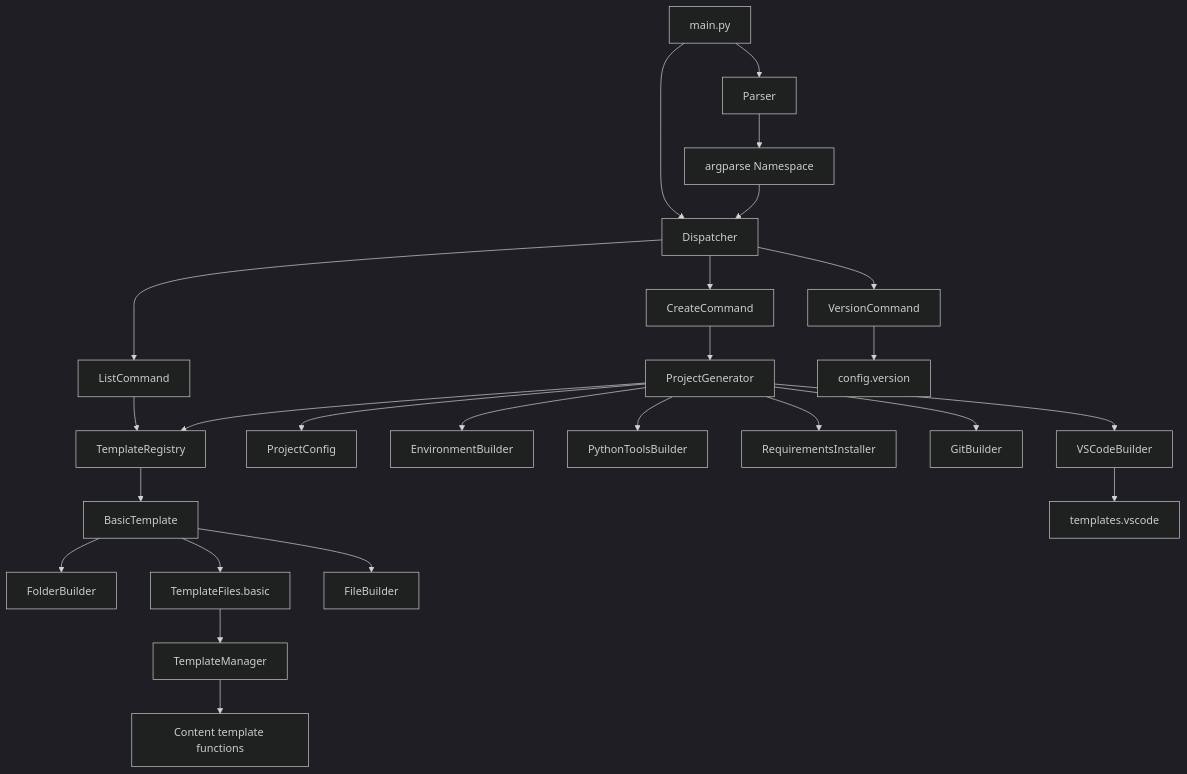
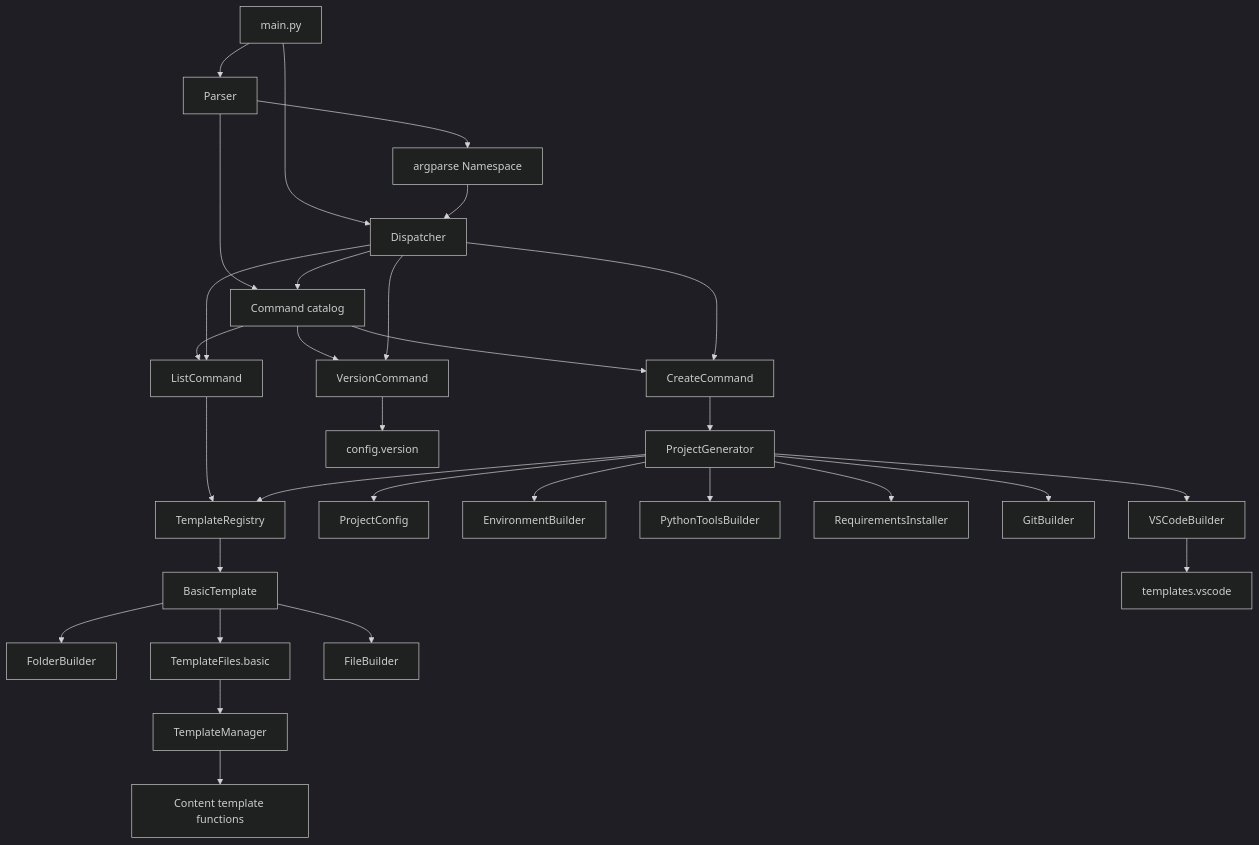
Before and after one commit to rendyzou89/ForgePy: the first of 3 diagrams in ARCHITECTURE.md, drawn with Mermaid (dark theme). The commit also changed other lines of this file and 23 other files, not shown here.

Commit message:
feat(cli): stabilize command architecture

````diff
--- a/ARCHITECTURE.md
+++ b/ARCHITECTURE.md
@@ -55,31 +63,37 @@
 ```mermaid
 flowchart TD
     Main[main.py] --> Parser[Parser]
     Main --> Dispatcher[Dispatcher]
     Parser --> Namespace[argparse Namespace]
     Namespace --> Dispatcher
 
-    Dispatcher --> Create[CreateCommand]
-    Dispatcher --> List[ListCommand]
-    Dispatcher --> Version[VersionCommand]
+    Parser --> Catalog[Command catalog]
+    Dispatcher --> Catalog
+    Catalog --> Create[CreateCommand]
+    Catalog --> List[ListCommand]
+    Catalog --> Version[VersionCommand]
+
+    Dispatcher --> Create
+    Dispatcher --> List
+    Dispatcher --> Version
 
     Create --> Generator[ProjectGenerator]
     List --> Registry[TemplateRegistry]
     Version --> VersionConfig[config.version]
 
     Generator --> ProjectConfig[ProjectConfig]
     Generator --> Registry
     Registry --> Basic[BasicTemplate]
     Basic --> FolderBuilder[FolderBuilder]
     Basic --> TemplateFiles[TemplateFiles.basic]
     TemplateFiles --> TemplateManager[TemplateManager]
     TemplateManager --> Content[Content template functions]
     Basic --> FileBuilder[FileBuilder]
 
     Generator --> Environment[EnvironmentBuilder]
     Generator --> PythonTools[PythonToolsBuilder]
     Generator --> Requirements[RequirementsInstaller]
     Generator --> Git[GitBuilder]
     Generator --> VSCode[VSCodeBuilder]
     VSCode --> VSCodeTemplates[templates.vscode]
 ```
````
